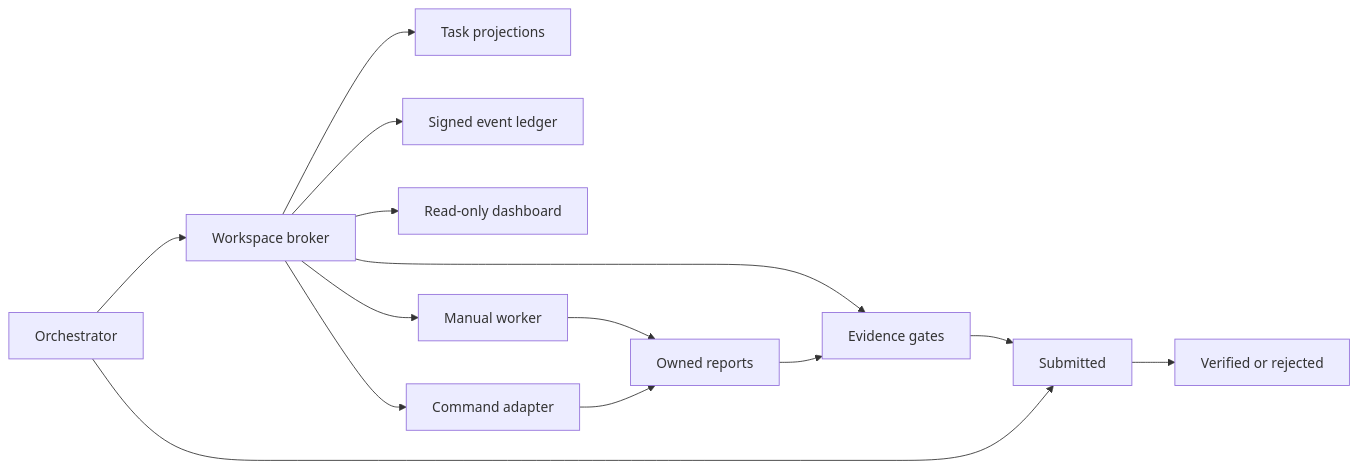
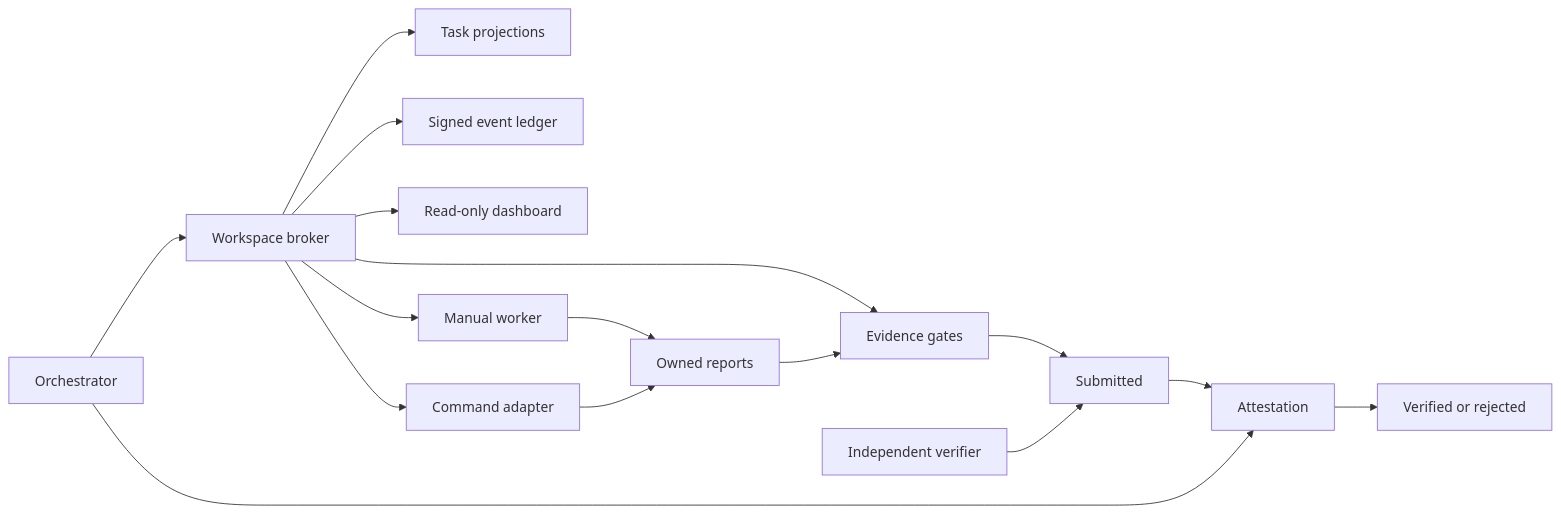
The diagram in docs/ARCHITECTURE.md (heosanghun/evidence-first-orchestrator), drawn with Mermaid before and after one commit. The commit also changed other lines of this file and 21 other files, not shown here.

````diff
--- a/docs/ARCHITECTURE.md
+++ b/docs/ARCHITECTURE.md
@@ -17,16 +20,18 @@
 ```mermaid
 flowchart LR
     O["Orchestrator"] --> B["Workspace broker"]
     B --> T["Task projections"]
     B --> L["Signed event ledger"]
     B --> G["Evidence gates"]
     B --> D["Read-only dashboard"]
     B --> A1["Manual worker"]
     B --> A2["Command adapter"]
     A1 --> R["Owned reports"]
     A2 --> R
     R --> G
     G --> V["Submitted"]
-    O --> V
-    V --> F["Verified or rejected"]
+    X["Independent verifier"] --> V
+    V --> A["Attestation"]
+    O --> A
+    A --> F["Verified or rejected"]
 ```
````
